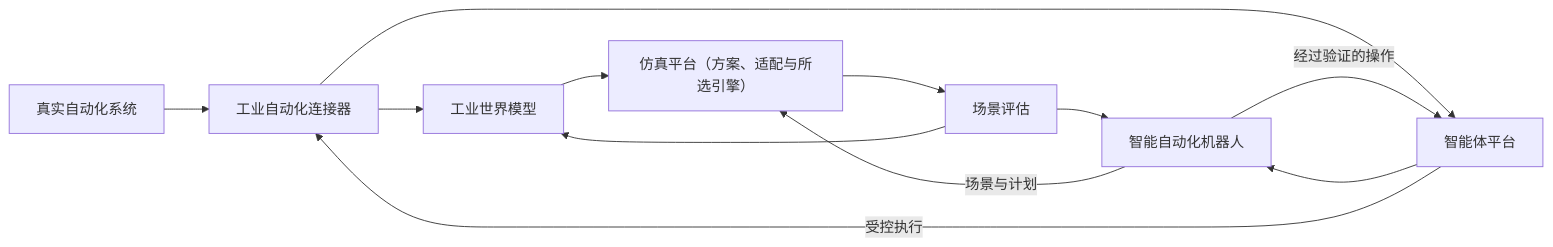
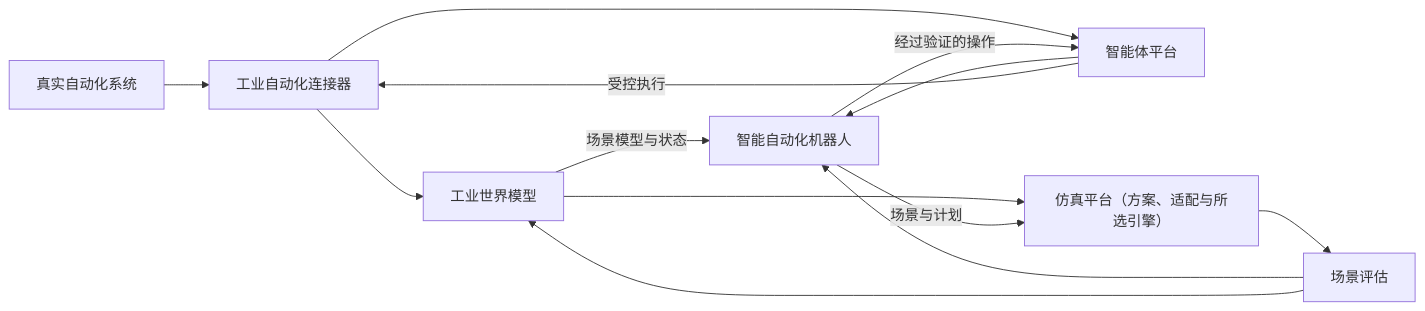
One commit to simulator-bot/design-docs changed the diagram in README.md. Above: the diagram before and after it, drawn with Mermaid. The commit also changed other lines of this file, not shown here.

````diff
--- a/README.md
+++ b/README.md
@@ -9,14 +9,15 @@
 ```mermaid
 flowchart LR
     R[真实自动化系统] --> C[工业自动化连接器]
     C --> W[工业世界模型]
     C --> P[智能体平台]
     P --> A[智能自动化机器人]
+    W -->|场景模型与状态| A
     W --> S[仿真平台（方案、适配与所选引擎）]
     A -->|场景与计划| S
     S --> E[场景评估]
     E --> A
     E --> W
     A -->|经过验证的操作| P
     P -->|受控执行| C
 ```
````
